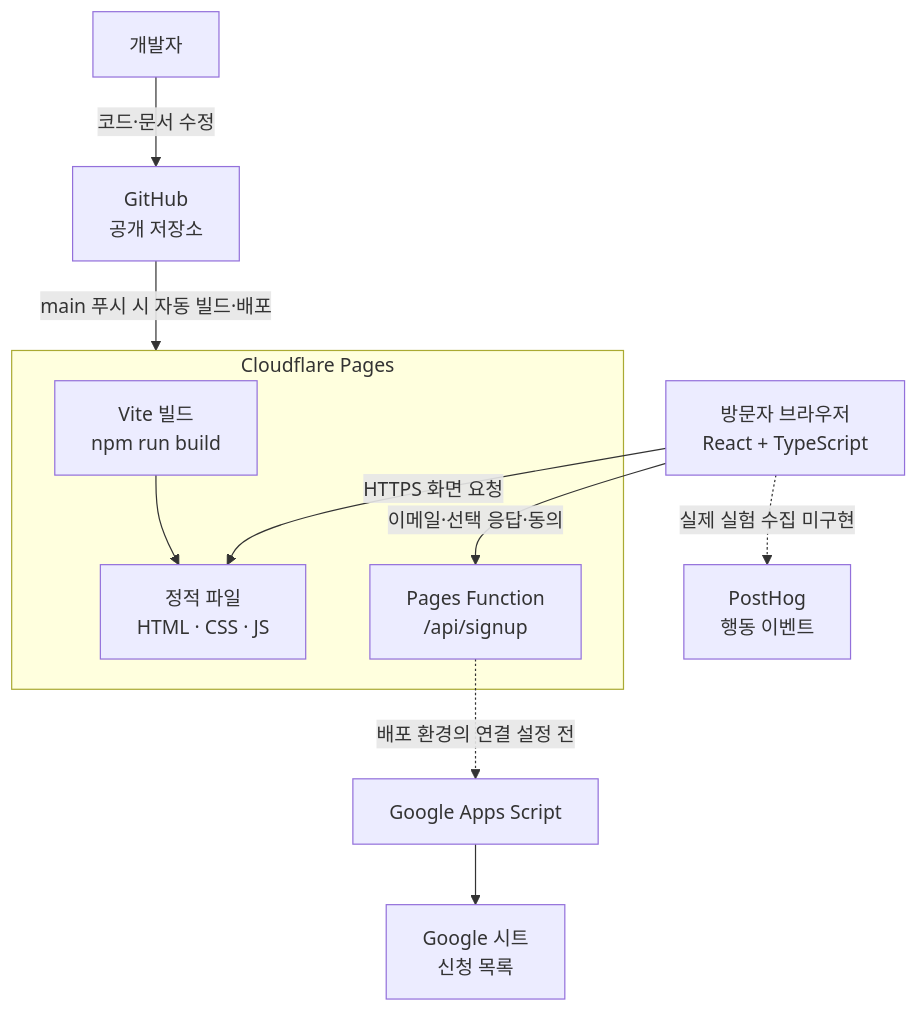
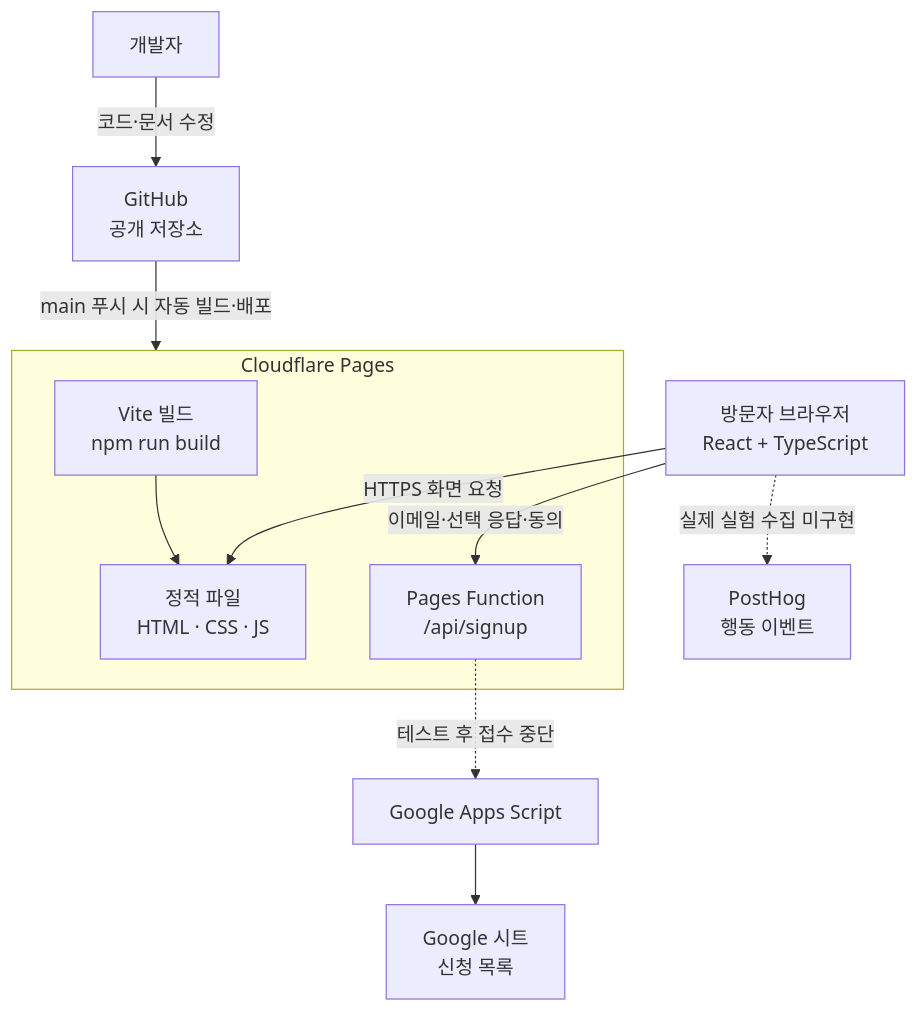
One commit to HelloMyMe-M1-2/contest-feedback-landing changed the diagram in docs/technical-architecture.md. Above: the diagram before and after it, drawn with Mermaid. The commit also changed other lines of this file and 11 other files, not shown here.

````diff
--- a/docs/technical-architecture.md
+++ b/docs/technical-architecture.md
@@ -7,16 +7,16 @@
 ```mermaid
 flowchart TB
   Dev["개발자"] -->|"코드·문서 수정"| GH["GitHub<br/>공개 저장소"]
   GH -->|"main 푸시 시 자동 빌드·배포"| CF
   subgraph CF["Cloudflare Pages"]
     Build["Vite 빌드<br/>npm run build"]
     Web["정적 파일<br/>HTML · CSS · JS"]
     API["Pages Function<br/>/api/signup"]
     Build --> Web
   end
   User["방문자 브라우저<br/>React + TypeScript"] -->|"HTTPS 화면 요청"| Web
   User -->|"이메일·선택 응답·동의"| API
-  API -. "배포 환경의 연결 설정 전" .-> GAS["Google Apps Script"]
+  API -. "테스트 후 접수 중단" .-> GAS["Google Apps Script"]
   GAS --> Sheet["Google 시트<br/>신청 목록"]
   User -. "실제 실험 수집 미구현" .-> PH["PostHog<br/>행동 이벤트"]
 ```
````
